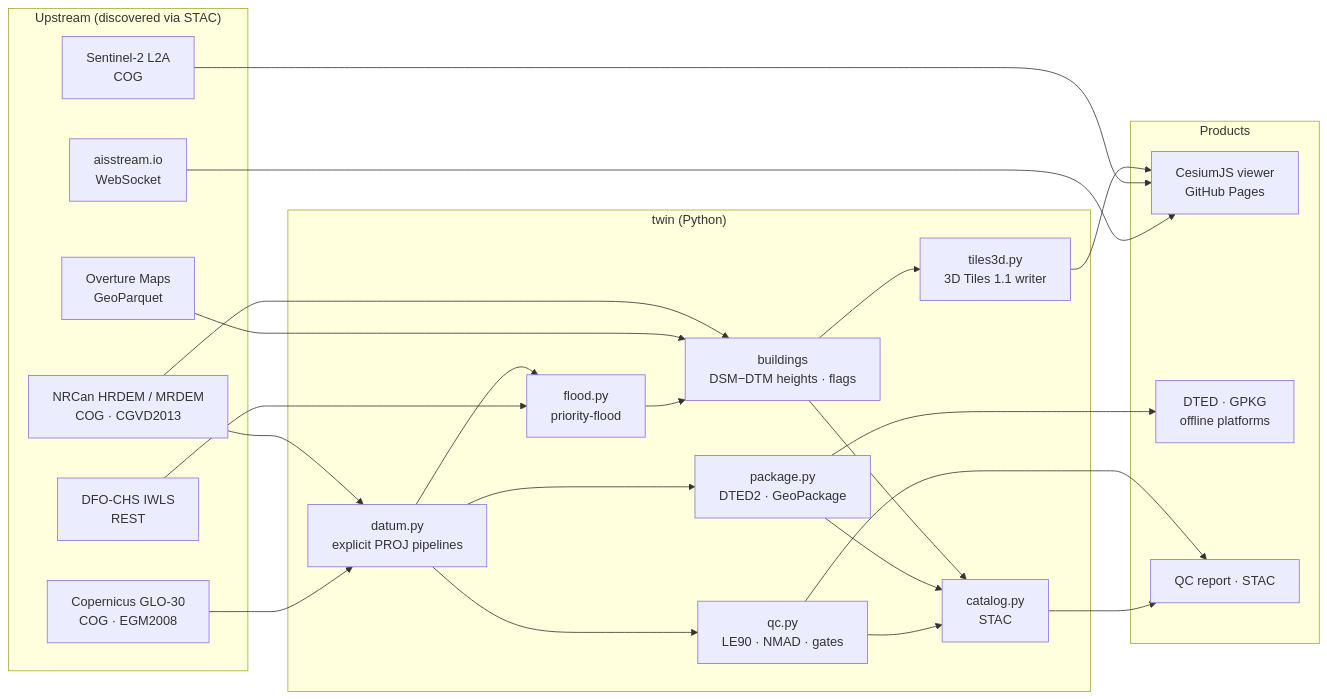
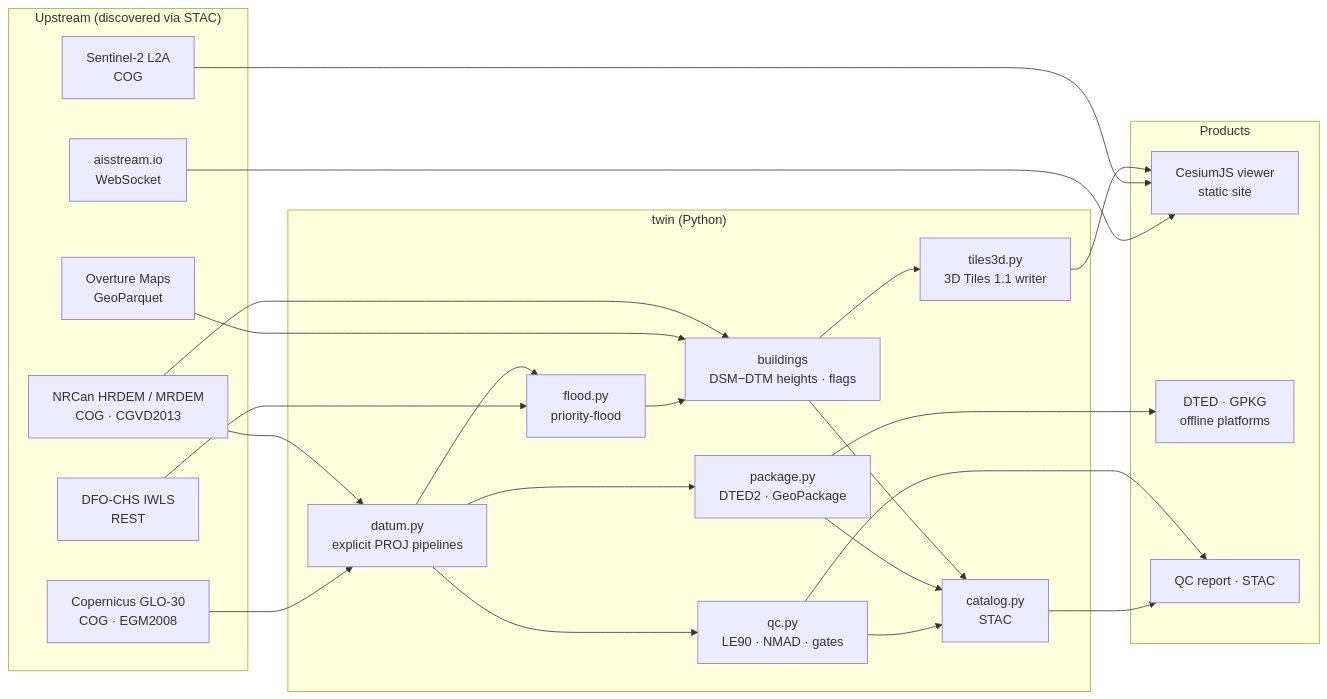
The diagram in README.md (shivaji-patil/harbour-twin), drawn with Mermaid before and after one commit. The commit also changed other lines of this file and 2 other files, not shown here.

First line of the commit message:
Drop GitHub Actions/Pages: the twin builds and serves locally

````diff
--- a/README.md
+++ b/README.md
@@ -57,34 +57,34 @@
 ```mermaid
 flowchart LR
   subgraph Upstream["Upstream (discovered via STAC)"]
     NR[NRCan HRDEM / MRDEM<br/>COG · CGVD2013]
     CD[Copernicus GLO-30<br/>COG · EGM2008]
     S2[Sentinel-2 L2A<br/>COG]
     OV[Overture Maps<br/>GeoParquet]
     AIS[aisstream.io<br/>WebSocket]
     CHS[DFO-CHS IWLS<br/>REST]
   end
   subgraph Pipeline["twin (Python)"]
     D[datum.py<br/>explicit PROJ pipelines]
     Q[qc.py<br/>LE90 · NMAD · gates]
     B[buildings<br/>DSM−DTM heights · flags]
     F[flood.py<br/>priority-flood]
     T[tiles3d.py<br/>3D Tiles 1.1 writer]
     P[package.py<br/>DTED2 · GeoPackage]
     C[catalog.py<br/>STAC]
   end
   subgraph Out["Products"]
-    W[CesiumJS viewer<br/>GitHub Pages]
+    W[CesiumJS viewer<br/>static site]
     O[DTED · GPKG<br/>offline platforms]
     R[QC report · STAC]
   end
   NR & CD --> D --> Q --> R
   NR --> B
   OV --> B --> T --> W
   D --> F --> B
   S2 --> W
   AIS --> W
   CHS --> F
   D --> P --> O
   B & P & Q --> C --> R
 ```
````
